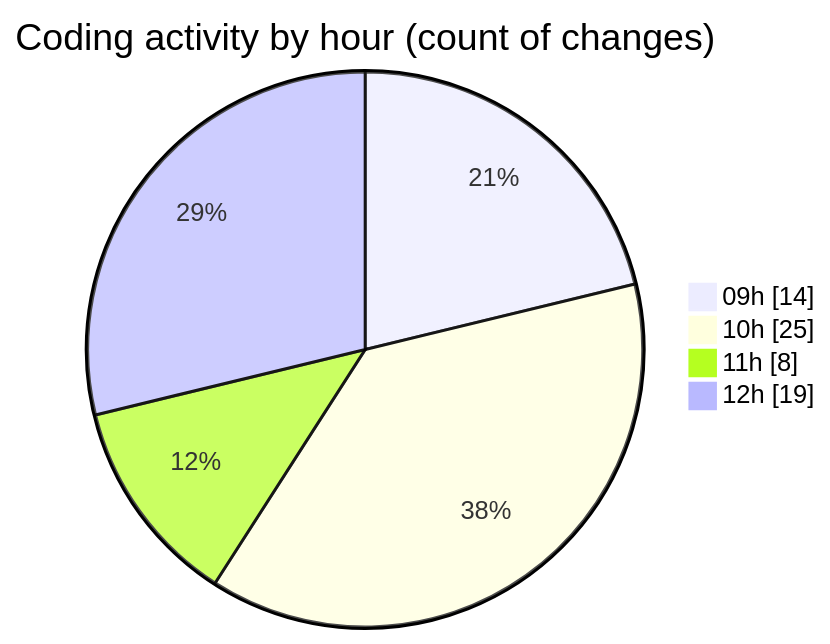
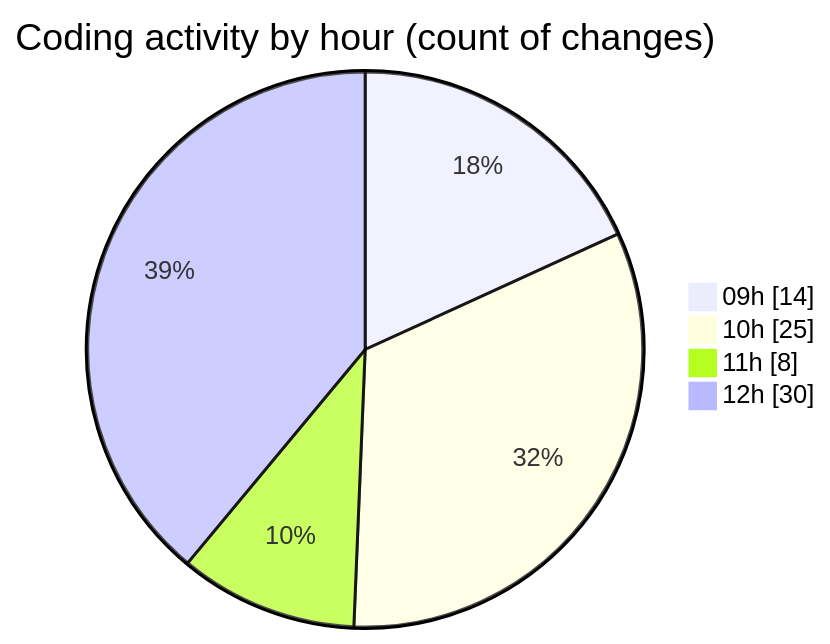
Before and after one commit to momahboobian/code-tracking: the second of 2 diagrams in 2025-06-03/cda/README.md, drawn with Mermaid. The commit also changed other lines of this file and 1 other file, not shown here.

````diff
--- a/2025-06-03/cda/README.md
+++ b/2025-06-03/cda/README.md
@@ -33,8 +33,8 @@
 ```mermaid
 pie showData
 title Coding activity by hour (count of changes)
 "09h" : 14
 "10h" : 25
 "11h" : 8
-"12h" : 19
+"12h" : 30
 ```
````
